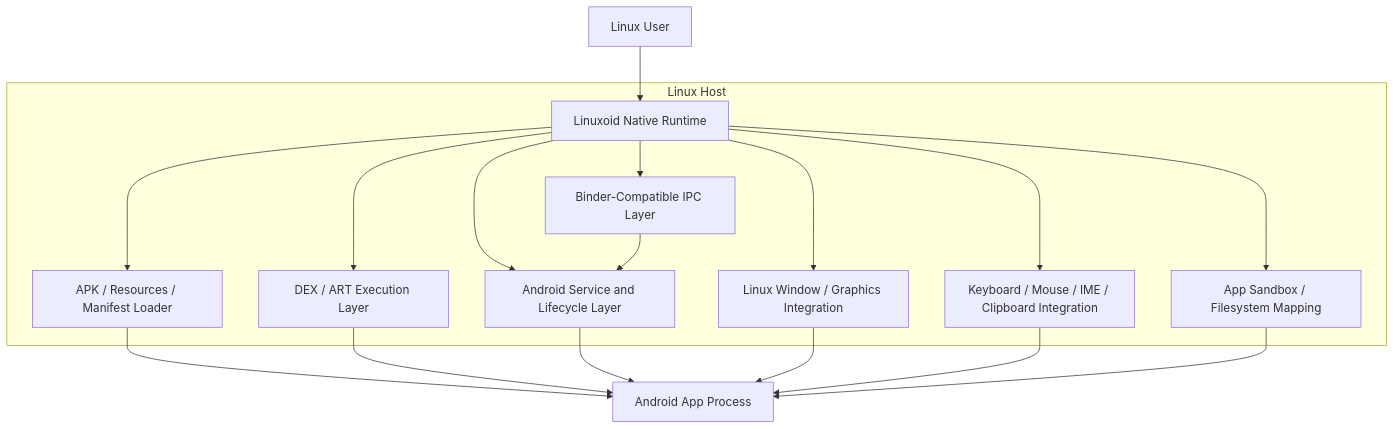
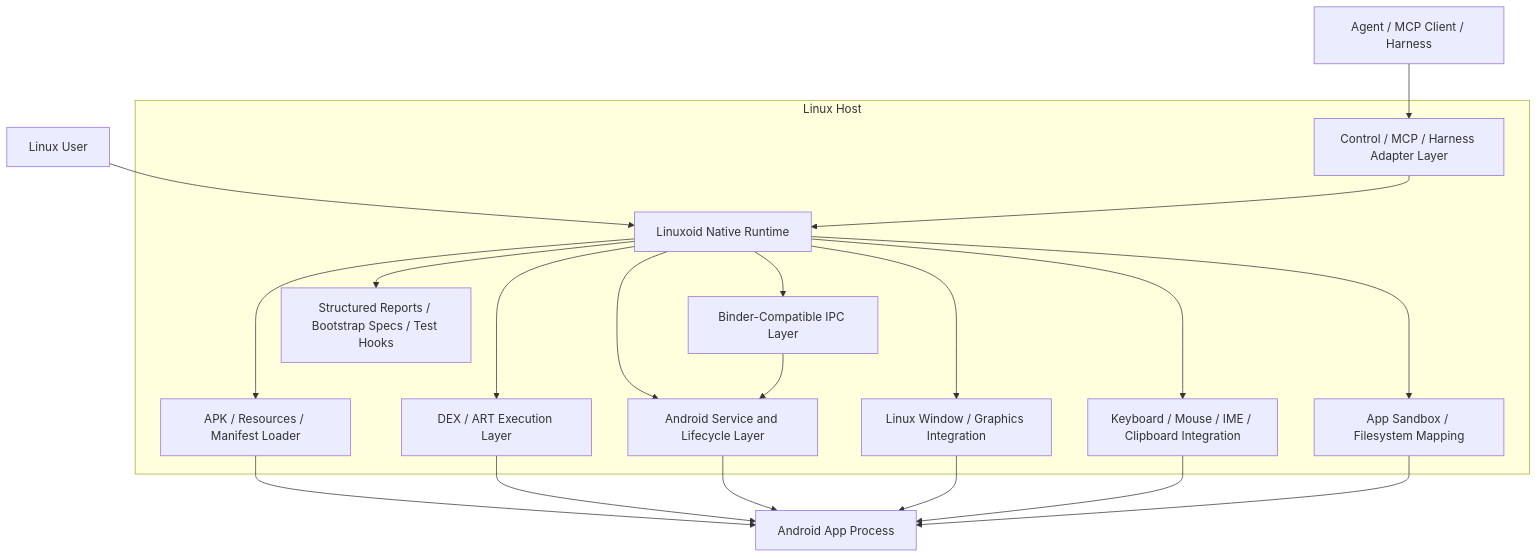
One commit to iamawanishmaurya/Linuxoid changed the second of 2 diagrams in README.md. Above: the diagram before and after it, drawn with Mermaid. The commit also changed other lines of this file and 3 other files, not shown here.

Commit message:
docs: add mcp and harness architecture rule

````diff
--- a/README.md
+++ b/README.md
@@ -80,22 +91,25 @@
 ```mermaid
 flowchart TB
   User["Linux User"] --> Linuxoid["Linuxoid Native Runtime"]
+  Agent["Agent / MCP Client / Harness"] --> Control["Control / MCP / Harness Adapter Layer"]
 
   subgraph Host["Linux Host"]
+    Control --> Linuxoid
     Linuxoid --> Loader["APK / Resources / Manifest Loader"]
     Linuxoid --> DexArt["DEX / ART Execution Layer"]
     Linuxoid --> Binder["Binder-Compatible IPC Layer"]
     Linuxoid --> Services["Android Service and Lifecycle Layer"]
     Linuxoid --> Graphics["Linux Window / Graphics Integration"]
     Linuxoid --> Input["Keyboard / Mouse / IME / Clipboard Integration"]
     Linuxoid --> Storage["App Sandbox / Filesystem Mapping"]
+    Linuxoid --> Reports["Structured Reports / Bootstrap Specs / Test Hooks"]
   end
 
   Loader --> App["Android App Process"]
   DexArt --> App
   Binder --> Services
   Services --> App
   Graphics --> App
   Input --> App
   Storage --> App
 ```
````
